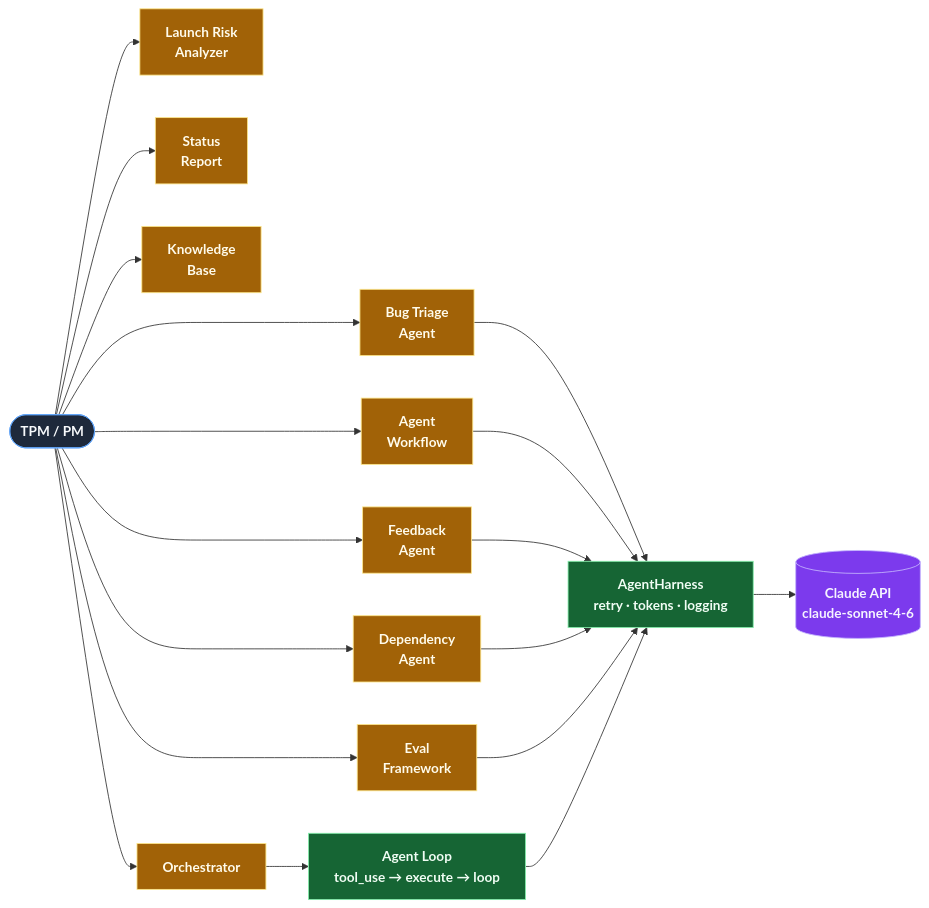
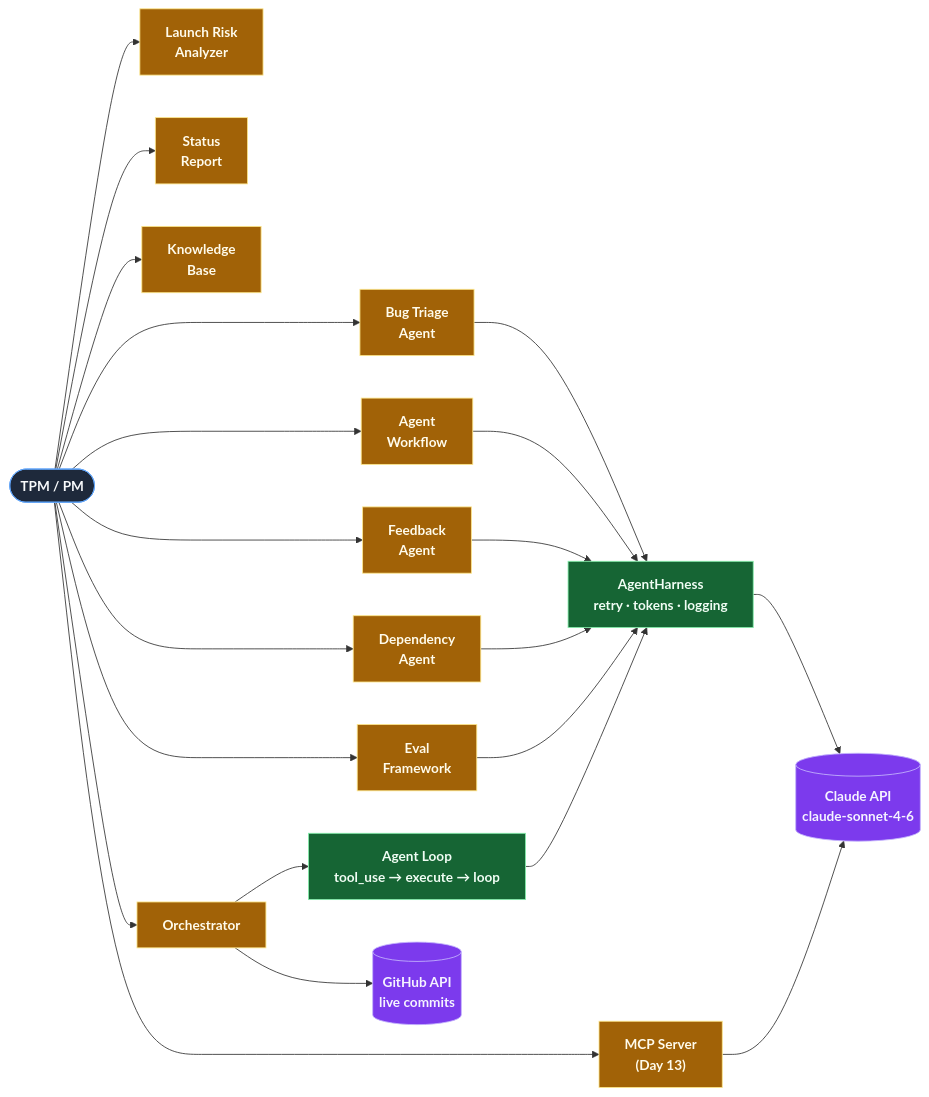
The diagram in README.md (shwsingh/pm-tpm-ai-tools), drawn with Mermaid before and after one commit. The commit also changed other lines of this file, not shown here.

First line of the commit message:
Rewrite README — capabilities table, deep-dive blog teaser, updated architecture

````diff
--- a/README.md
+++ b/README.md
@@ -52,29 +64,33 @@
 ```mermaid
 flowchart LR
     User(["TPM / PM"]):::user
 
     LRA["Launch Risk\nAnalyzer"]:::ui
     D5["Bug Triage\nAgent"]:::ui
     WF["Agent\nWorkflow"]:::ui
     SR["Status\nReport"]:::ui
     KB["Knowledge\nBase"]:::ui
     FA["Feedback\nAgent"]:::ui
     DA["Dependency\nAgent"]:::ui
     EV["Eval\nFramework"]:::ui
     ORC["Orchestrator"]:::ui
+    MCP["MCP Server\n(Day 13)"]:::ui
 
     HARNESS["AgentHarness\nretry · tokens · logging"]:::agent
     LOOP["Agent Loop\ntool_use → execute → loop"]:::agent
 
     CLAUDE[("Claude API\nclaude-sonnet-4-6")]:::llm
+    GH[("GitHub API\nlive commits")]:::llm
 
-    User --> LRA & D5 & WF & SR & KB & FA & DA & EV & ORC
+    User --> LRA & D5 & WF & SR & KB & FA & DA & EV & ORC & MCP
     D5 & WF & FA & DA & EV --> HARNESS
     ORC --> LOOP --> HARNESS
     HARNESS --> CLAUDE
+    MCP --> CLAUDE
+    ORC --> GH
 
     classDef user  fill:#1e293b,stroke:#60a5fa,color:#f8fafc,font-weight:bold
     classDef ui    fill:#a16207,stroke:#fde68a,color:#fffbeb,font-weight:bold
     classDef agent fill:#166534,stroke:#86efac,color:#f0fdf4,font-weight:bold
     classDef llm   fill:#7c3aed,stroke:#c4b5fd,color:#f5f3ff,font-weight:bold
 ```
````
